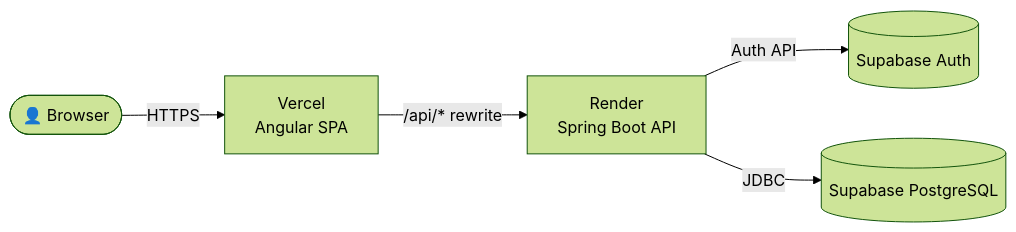
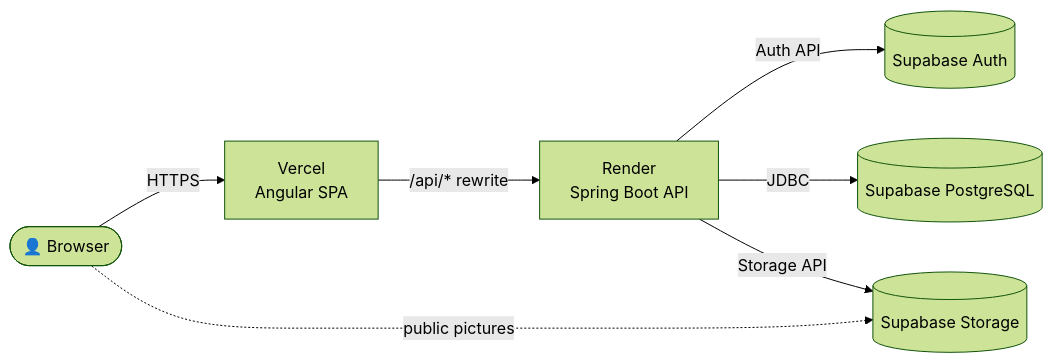
The first of 2 diagrams in README.md (Adrianpmdev-Personal-Webs/NTG), drawn with Mermaid (forest theme) before and after one commit. The commit also changed other lines of this file and 4 other files, not shown here.

````diff
--- a/README.md
+++ b/README.md
@@ -66,7 +71,9 @@
 ```mermaid
 flowchart LR
     U([👤 Browser]) -->|HTTPS| V["Vercel<br/>Angular SPA"]
     V -->|"/api/* rewrite"| R["Render<br/>Spring Boot API"]
     R -->|"Auth API"| A[("Supabase Auth")]
     R -->|"JDBC"| D[("Supabase PostgreSQL")]
+    R -->|"Storage API"| S[("Supabase Storage")]
+    U -.->|"public pictures"| S
 ```
````
